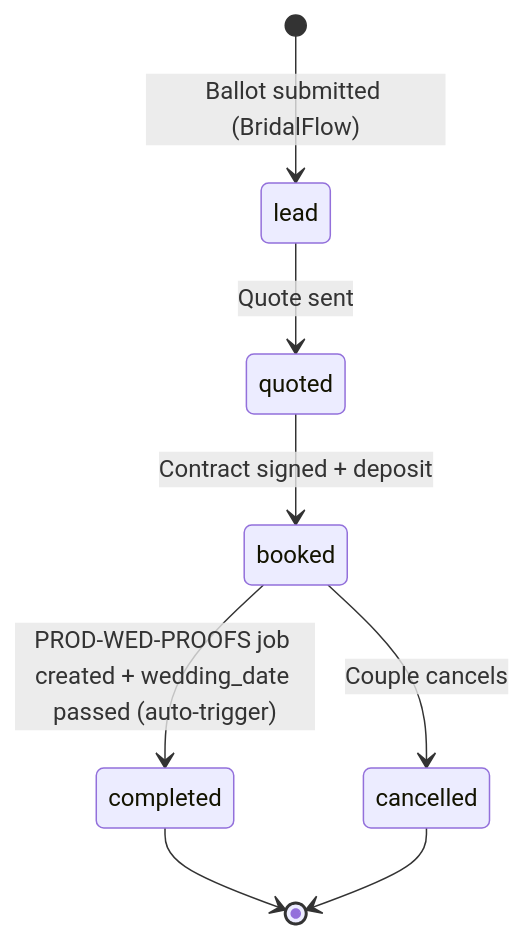
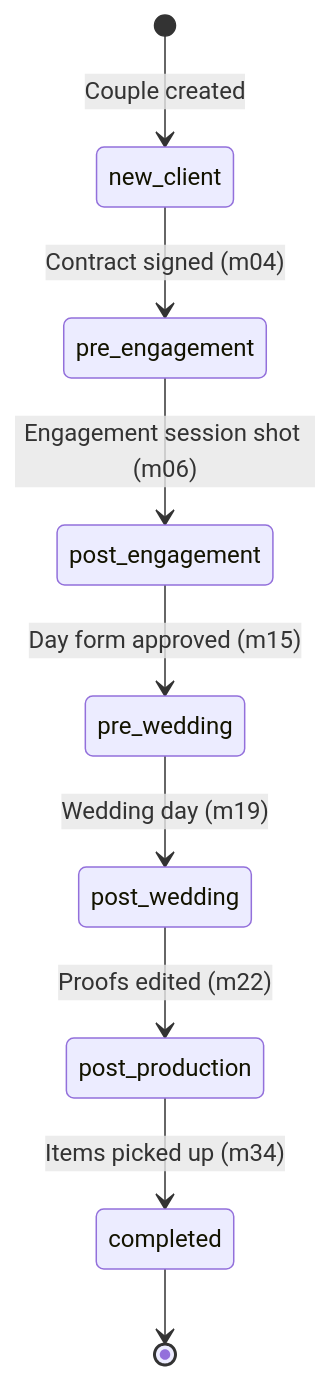
One commit to jeanmarcotte/studioflow changed the first of 6 diagrams in docs/STATE-MACHINES.md. Above: the diagram before and after it, drawn with Mermaid. The commit also changed other lines of this file and 20 other files, not shown here.

````diff
--- a/docs/STATE-MACHINES.md
+++ b/docs/STATE-MACHINES.md
@@ -11,10 +13,11 @@
 ```mermaid
 stateDiagram-v2
-    [*] --> lead : Ballot submitted (BridalFlow)
-    lead --> quoted : Quote sent
-    quoted --> booked : Contract signed + deposit
-    booked --> completed : PROD-WED-PROOFS job created + wedding_date passed (auto-trigger)
-    booked --> cancelled : Couple cancels
+    [*] --> new_client : Couple created
+    new_client --> pre_engagement : Contract signed (m04)
+    pre_engagement --> post_engagement : Engagement session shot (m06)
+    post_engagement --> pre_wedding : Day form approved (m15)
+    pre_wedding --> post_wedding : Wedding day (m19)
+    post_wedding --> post_production : Proofs edited (m22)
+    post_production --> completed : Items picked up (m34)
     completed --> [*]
-    cancelled --> [*]
 ```
````
